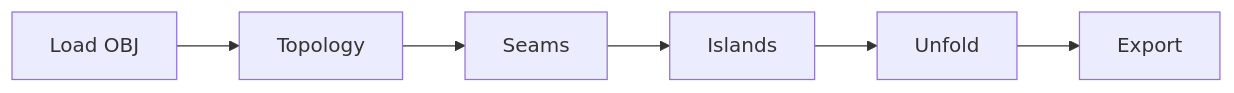
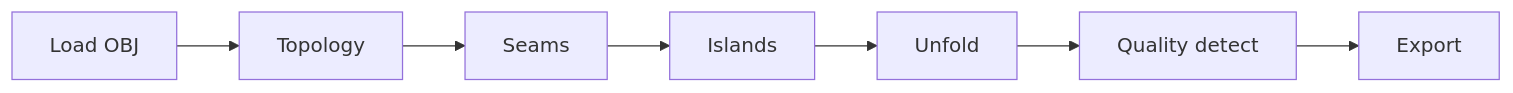
The diagram in docs/plans/README.md (NitayBrandriss/3DFlatter), drawn with Mermaid before and after one commit. The commit also changed other lines of this file and 17 other files, not shown here.

Commit message:
Fix typo in .gitignore, update AGENTS.md and README.md to include new architectural decision (ADR 0003) on quality detection, and enhance unfoldMesh functionality to report collisions and tears. Update tests to validate new quality detection features.

````diff
--- a/docs/plans/README.md
+++ b/docs/plans/README.md
@@ -5,10 +5,11 @@
 ```mermaid
 flowchart LR
   load["Load OBJ"]
   topo["Topology"]
   seams["Seams"]
   islands["Islands"]
   unfold["Unfold"]
+  quality["Quality detect"]
   export["Export"]
-  load --> topo --> seams --> islands --> unfold --> export
+  load --> topo --> seams --> islands --> unfold --> quality --> export
 ```
````
